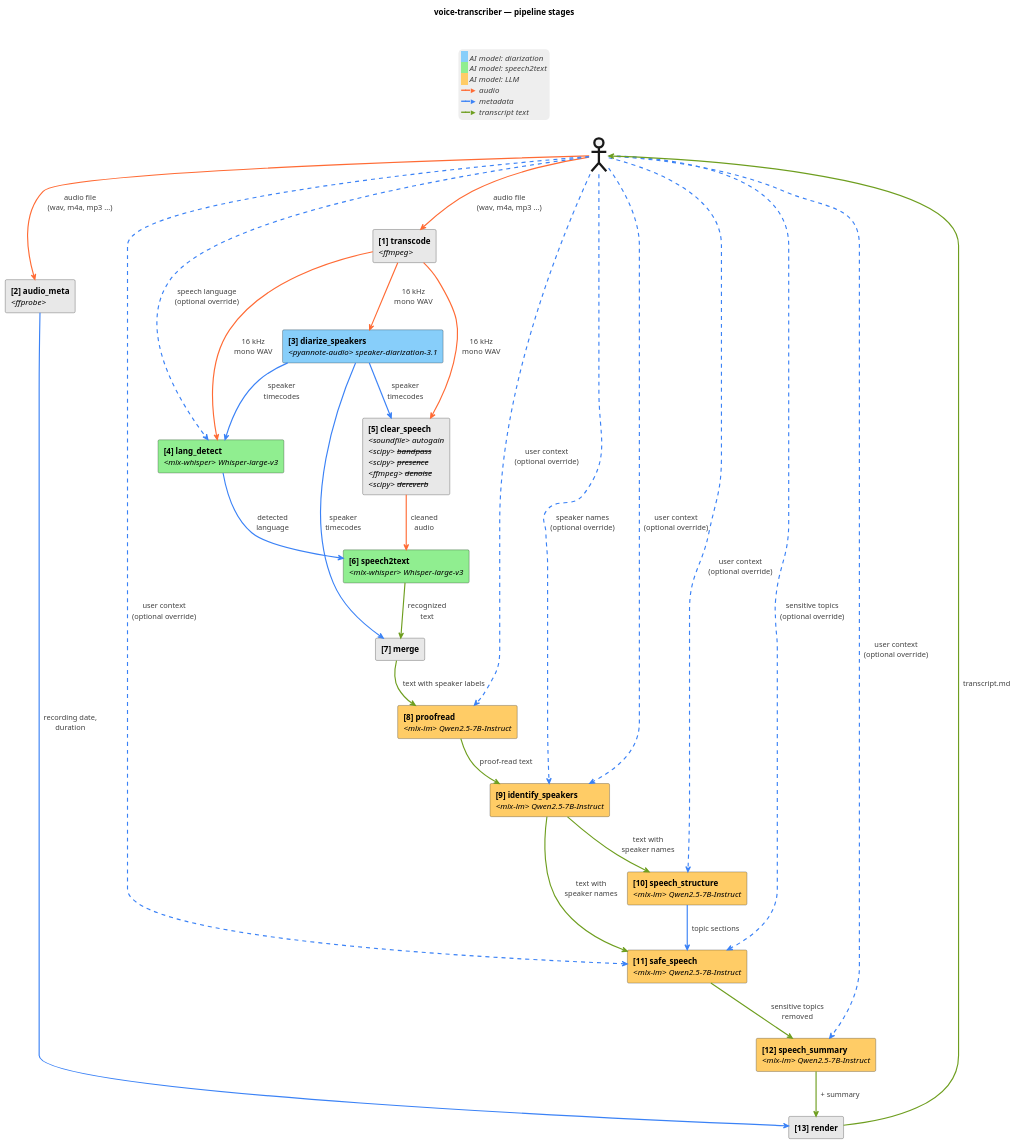
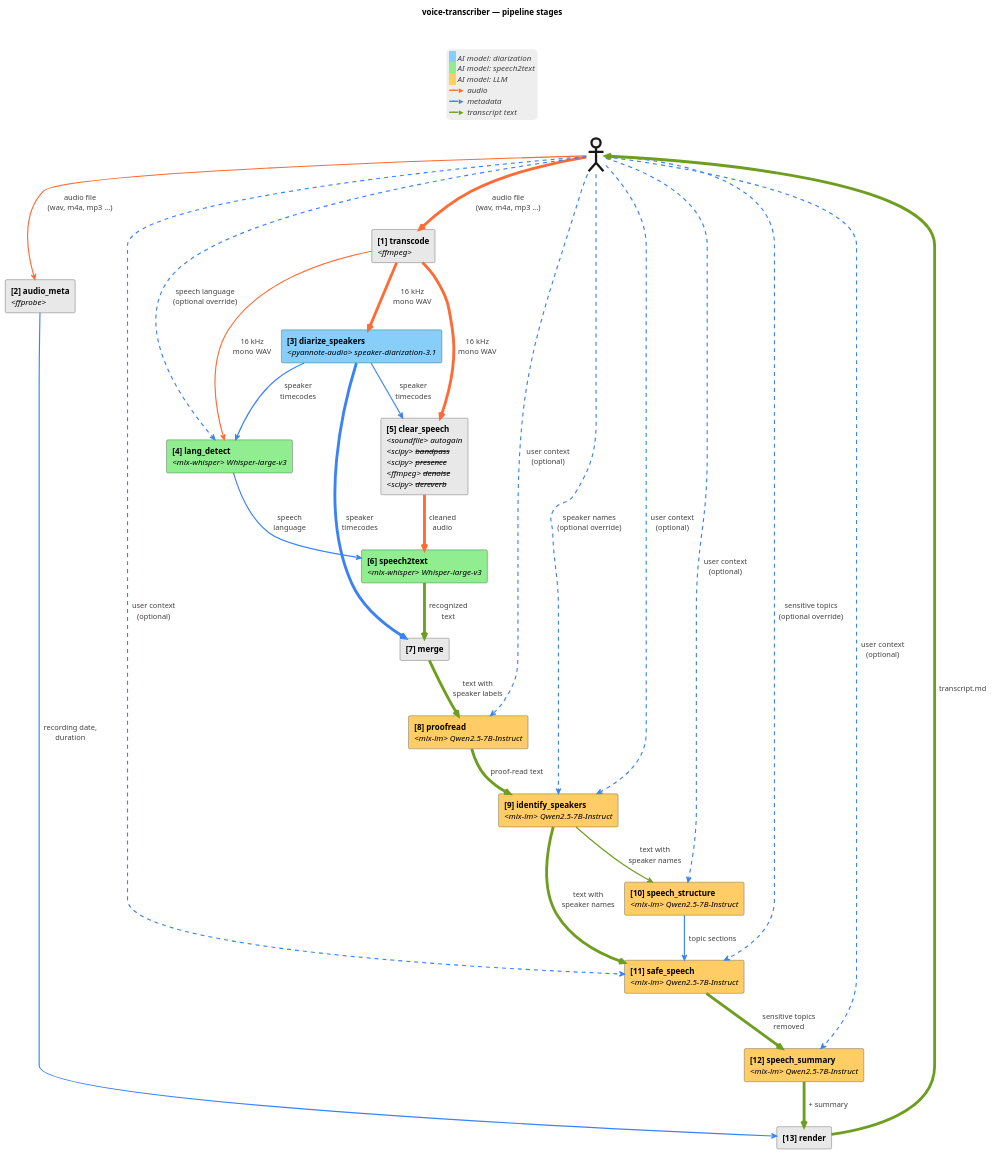
Before and after one commit to artem-from-ua/voice-transcriber: the diagram in docs/pipeline.md, drawn with PlantUML. The commit also changed other lines of this file and 26 other files, not shown here.

First line of the commit message:
feat(merge): split ASR segments at pyannote turn boundaries (#125) (0.39.0) (#175)

````diff
--- a/docs/pipeline.md
+++ b/docs/pipeline.md
@@ -9,79 +9,79 @@
 ```plantuml
 @startuml
 title voice-transcriber — pipeline stages
 skinparam componentStyle rectangle
 skinparam ArrowThickness 2
 skinparam legendBorderColor transparent
 skinparam legendBackgroundColor #EEEEEE
 
 <style>
   document {
     Margin 25
   }
   actor {
     LineThickness 4
     Margin 5
     Padding 5
   }
 </style>
 
 actor " " as User
 
 component "<b>[1] transcode</b>\n<i><ffmpeg></i>" as WAV #E8E8E8
 component "<b>[2] audio_meta</b>\n<i><ffprobe></i>" as FF #E8E8E8
 component "<b>[3] diarize_speakers</b>\n<i><pyannote-audio> speaker-diarization-3.1</i>" as Diar #87CEFA
 component "<b>[4] lang_detect</b>\n<i><mlx-whisper> Whisper-large-v3</i>" as LangDet #90EE90
 component "<b>[5] clear_speech</b>\n<i><soundfile> autogain</i>\n<i><scipy> <s>bandpass</s></i>\n<i><scipy> <s>presence</s></i>\n<i><ffmpeg> <s>denoise</s></i>\n<i><scipy> <s>dereverb</s></i>" as CS #E8E8E8
 component "<b>[6] speech2text</b>\n<i><mlx-whisper> Whisper-large-v3</i>" as ASR #90EE90
 component "<b>[7] merge</b>" as Merge #E8E8E8
 component "<b>[8] proofread</b>\n<i><mlx-lm> Qwen2.5-7B-Instruct</i>" as Post #FFCC66
 component "<b>[9] identify_speakers</b>\n<i><mlx-lm> Qwen2.5-7B-Instruct</i>" as Ident #FFCC66
 component "<b>[10] speech_structure</b>\n<i><mlx-lm> Qwen2.5-7B-Instruct</i>" as Struct #FFCC66
 component "<b>[11] safe_speech</b>\n<i><mlx-lm> Qwen2.5-7B-Instruct</i>" as Safe #FFCC66
 component "<b>[12] speech_summary</b>\n<i><mlx-lm> Qwen2.5-7B-Instruct</i>" as TLDR #FFCC66
 component "<b>[13] render</b>" as Render #E8E8E8
 
 User -[#FF6B35]-> FF : <color:#404040>  audio file</color>\n<color:#404040>  (wav, m4a, mp3 ...)</color>
-User -[#FF6B35]-> WAV : <color:#404040>  audio file</color>\n<color:#404040>  (wav, m4a, mp3 ...)</color>
+User -[#FF6B35,thickness=5]-> WAV : <color:#404040>  audio file</color>\n<color:#404040>  (wav, m4a, mp3 ...)</color>
 User -[#3B82F6,dashed]-> LangDet : <color:#404040>  speech language</color>\n<color:#404040>  (optional override)</color>
 User -[#3B82F6,dashed]-> Ident : <color:#404040>  speaker names</color>\n<color:#404040>  (optional override)</color>
 User -[#3B82F6,dashed]-> Safe : <color:#404040>  sensitive topics</color>\n<color:#404040>  (optional override)</color>
 
-User -[#3B82F6,dashed]-> Post : <color:#404040>  user context</color>\n<color:#404040>  (optional override)</color>
-User -[#3B82F6,dashed]-> Ident : <color:#404040>  user context</color>\n<color:#404040>  (optional override)</color>
-User -[#3B82F6,dashed]-> Struct : <color:#404040>  user context</color>\n<color:#404040>  (optional override)</color>
-User -[#3B82F6,dashed]-> Safe : <color:#404040>  user context</color>\n<color:#404040>  (optional override)</color>
-User -[#3B82F6,dashed]-> TLDR : <color:#404040>  user context</color>\n<color:#404040>  (optional override)</color>
+User -[#3B82F6,dashed]-> Post : <color:#404040>  user context</color>\n<color:#404040>  (optional)</color>
+User -[#3B82F6,dashed]-> Ident : <color:#404040>  user context</color>\n<color:#404040>  (optional)</color>
+User -[#3B82F6,dashed]-> Struct : <color:#404040>  user context</color>\n<color:#404040>  (optional)</color>
+User -[#3B82F6,dashed]-> Safe : <color:#404040>  user context</color>\n<color:#404040>  (optional)</color>
+User -[#3B82F6,dashed]-> TLDR : <color:#404040>  user context</color>\n<color:#404040>  (optional)</color>
 
-WAV -[#FF6B35]-> Diar : <color:#404040>  16 kHz</color>\n<color:#404040>  mono WAV</color>
+WAV -[#FF6B35,thickness=5]-> Diar : <color:#404040>  16 kHz</color>\n<color:#404040>  mono WAV</color>
 WAV -[#FF6B35]-> LangDet : <color:#404040>  16 kHz</color>\n<color:#404040>  mono WAV</color>
-WAV -[#FF6B35]-> CS : <color:#404040>  16 kHz</color>\n<color:#404040>  mono WAV</color>
+WAV -[#FF6B35,thickness=5]-> CS : <color:#404040>  16 kHz</color>\n<color:#404040>  mono WAV</color>
 Diar -[#3B82F6]-> LangDet : <color:#404040>  speaker</color>\n<color:#404040>  timecodes</color>
 Diar -[#3B82F6]-> CS : <color:#404040>  speaker</color>\n<color:#404040>  timecodes</color>
-LangDet -[#3B82F6]-> ASR : <color:#404040>  detected</color>\n<color:#404040>  language</color>
-CS -[#FF6B35]-> ASR : <color:#404040>  cleaned</color>\n<color:#404040>  audio</color>
+LangDet -[#3B82F6]-> ASR : <color:#404040>  speech</color>\n<color:#404040>  language</color>
+CS -[#FF6B35,thickness=5]-> ASR : <color:#404040>  cleaned</color>\n<color:#404040>  audio</color>
 
-ASR -[#6E9E1F]-> Merge : <color:#404040>  recognized</color>\n<color:#404040>  text</color>
-Diar -[#3B82F6]-> Merge : <color:#404040>  speaker</color>\n<color:#404040>  timecodes</color>
+ASR -[#6E9E1F,thickness=5]-> Merge : <color:#404040>  recognized</color>\n<color:#404040>  text</color>
+Diar -[#3B82F6,thickness=5]-> Merge : <color:#404040>  speaker</color>\n<color:#404040>  timecodes</color>
 
-Merge -[#6E9E1F]-> Post : <color:#404040>  text with speaker labels</color>
-Post -[#6E9E1F]-> Ident : <color:#404040>  proof-read text</color>
+Merge -[#6E9E1F,thickness=5]-> Post : <color:#404040>  text with</color>\n<color:#404040>  speaker labels</color>
+Post -[#6E9E1F,thickness=5]-> Ident : <color:#404040>  proof-read text</color>
 Ident -[#6E9E1F]-> Struct : <color:#404040>  text with</color>\n<color:#404040>  speaker names</color>
-Ident -[#6E9E1F]-> Safe : <color:#404040>  text with</color>\n<color:#404040>  speaker names</color>
+Ident -[#6E9E1F,thickness=5]-> Safe : <color:#404040>  text with</color>\n<color:#404040>  speaker names</color>
 Struct -[#3B82F6]-> Safe : <color:#404040>  topic sections</color>
-Safe -[#6E9E1F]-> TLDR : <color:#404040>  sensitive topics</color>\n<color:#404040>  removed</color>
+Safe -[#6E9E1F,thickness=5]-> TLDR : <color:#404040>  sensitive topics</color>\n<color:#404040>  removed</color>
 
 FF -[#3B82F6]-> Render : <color:#404040>  recording date,</color>\n<color:#404040>  duration</color>
-TLDR -[#6E9E1F]-> Render : <color:#404040>  + summary</color>
-Render -[#6E9E1F]-> User : <color:#404040>  transcript.md</color>
+TLDR -[#6E9E1F,thickness=5]-> Render : <color:#404040>  + summary</color>
+Render -[#6E9E1F,thickness=5]-> User : <color:#404040>  transcript.md</color>
 
 legend top center
   <back:#87CEFA>   </back> <i><color:#404040>AI model: diarization</color></i>
   <back:#90EE90>   </back> <i><color:#404040>AI model: speech2text</color></i>
   <back:#FFCC66>   </back> <i><color:#404040>AI model: LLM</color></i>
   <color:#FF6B35>━━►</color> <i><color:#404040>audio</color></i>
   <color:#3B82F6>━━►</color> <i><color:#404040>metadata</color></i>
   <color:#6E9E1F>━━►</color> <i><color:#404040>transcript text</color></i>
 end legend
 @enduml
 ```
````
